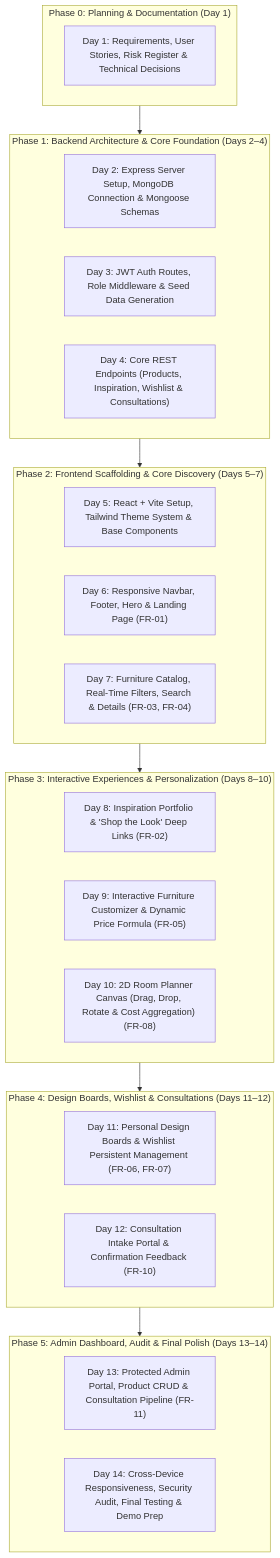
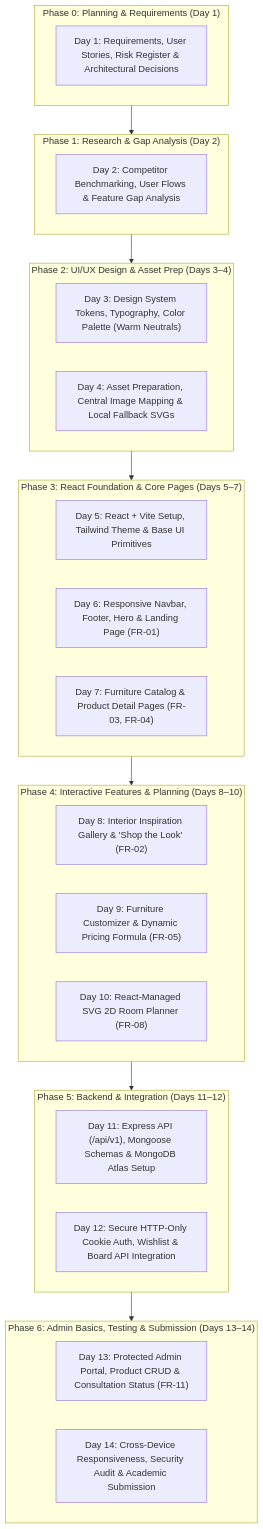
The diagram in docs/DEVELOPMENT_PLAN.md (Varshinigurram/Decora), drawn with Mermaid before and after one commit. The commit also changed other lines of this file and 4 other files, not shown here.

Commit message:
Refined Décora MVP scope and development roadmap

````diff
--- a/docs/DEVELOPMENT_PLAN.md
+++ b/docs/DEVELOPMENT_PLAN.md
@@ -12,40 +15,44 @@
 ```mermaid
 flowchart TD
-    subgraph Phase0 ["Phase 0: Planning & Documentation (Day 1)"]
-        D1["Day 1: Requirements, User Stories, Risk Register & Technical Decisions"]
+    subgraph Phase0 ["Phase 0: Planning & Requirements (Day 1)"]
+        D1["Day 1: Requirements, User Stories, Risk Register & Architectural Decisions"]
     end
 
-    subgraph Phase1 ["Phase 1: Backend Architecture & Core Foundation (Days 2–4)"]
-        D2["Day 2: Express Server Setup, MongoDB Connection & Mongoose Schemas"]
-        D3["Day 3: JWT Auth Routes, Role Middleware & Seed Data Generation"]
-        D4["Day 4: Core REST Endpoints (Products, Inspiration, Wishlist & Consultations)"]
+    subgraph Phase1 ["Phase 1: Research & Gap Analysis (Day 2)"]
+        D2["Day 2: Competitor Benchmarking, User Flows & Feature Gap Analysis"]
     end
 
-    subgraph Phase2 ["Phase 2: Frontend Scaffolding & Core Discovery (Days 5–7)"]
-        D5["Day 5: React + Vite Setup, Tailwind Theme System & Base Components"]
-        D6["Day 6: Responsive Navbar, Footer, Hero & Landing Page (FR-01)"]
-        D7["Day 7: Furniture Catalog, Real-Time Filters, Search & Details (FR-03, FR-04)"]
+    subgraph Phase2 ["Phase 2: UI/UX Design & Asset Prep (Days 3–4)"]
+        D3["Day 3: Design System Tokens, Typography, Color Palette (Warm Neutrals)"]
+        D4["Day 4: Asset Preparation, Central Image Mapping & Local Fallback SVGs"]
     end
 
-    subgraph Phase3 ["Phase 3: Interactive Experiences & Personalization (Days 8–10)"]
-        D8["Day 8: Inspiration Portfolio & 'Shop the Look' Deep Links (FR-02)"]
-        D9["Day 9: Interactive Furniture Customizer & Dynamic Price Formula (FR-05)"]
-        D10["Day 10: 2D Room Planner Canvas (Drag, Drop, Rotate & Cost Aggregation) (FR-08)"]
+    subgraph Phase3 ["Phase 3: React Foundation & Core Pages (Days 5–7)"]
+        D5["Day 5: React + Vite Setup, Tailwind Theme & Base UI Primitives"]
+        D6["Day 6: Responsive Navbar, Footer, Hero & Landing Page (FR-01)"]
+        D7["Day 7: Furniture Catalog & Product Detail Pages (FR-03, FR-04)"]
     end
 
-    subgraph Phase4 ["Phase 4: Design Boards, Wishlist & Consultations (Days 11–12)"]
-        D11["Day 11: Personal Design Boards & Wishlist Persistent Management (FR-06, FR-07)"]
-        D12["Day 12: Consultation Intake Portal & Confirmation Feedback (FR-10)"]
+    subgraph Phase4 ["Phase 4: Interactive Features & Planning (Days 8–10)"]
+        D8["Day 8: Interior Inspiration Gallery & 'Shop the Look' (FR-02)"]
+        D9["Day 9: Furniture Customizer & Dynamic Pricing Formula (FR-05)"]
+        D10["Day 10: React-Managed SVG 2D Room Planner (FR-08)"]
     end
 
-    subgraph Phase5 ["Phase 5: Admin Dashboard, Audit & Final Polish (Days 13–14)"]
-        D13["Day 13: Protected Admin Portal, Product CRUD & Consultation Pipeline (FR-11)"]
-        D14["Day 14: Cross-Device Responsiveness, Security Audit, Final Testing & Demo Prep"]
+    subgraph Phase5 ["Phase 5: Backend & Integration (Days 11–12)"]
+        D11["Day 11: Express API (/api/v1), Mongoose Schemas & MongoDB Atlas Setup"]
+        D12["Day 12: Secure HTTP-Only Cookie Auth, Wishlist & Board API Integration"]
+    end
+
+    subgraph Phase6 ["Phase 6: Admin Basics, Testing & Submission (Days 13–14)"]
+        D13["Day 13: Protected Admin Portal, Product CRUD & Consultation Status (FR-11)"]
+        D14["Day 14: Cross-Device Responsiveness, Security Audit & Academic Submission"]
     end
 
     Phase0 --> Phase1
     Phase1 --> Phase2
     Phase2 --> Phase3
     Phase3 --> Phase4
     Phase4 --> Phase5
+    Phase5 --> Phase6
 ```
````
